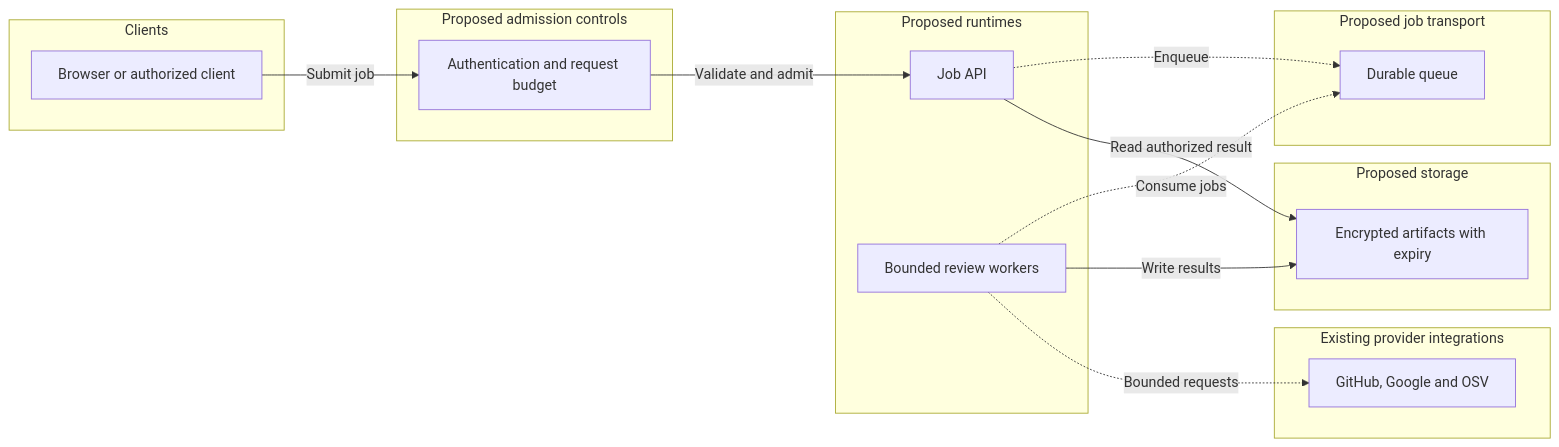
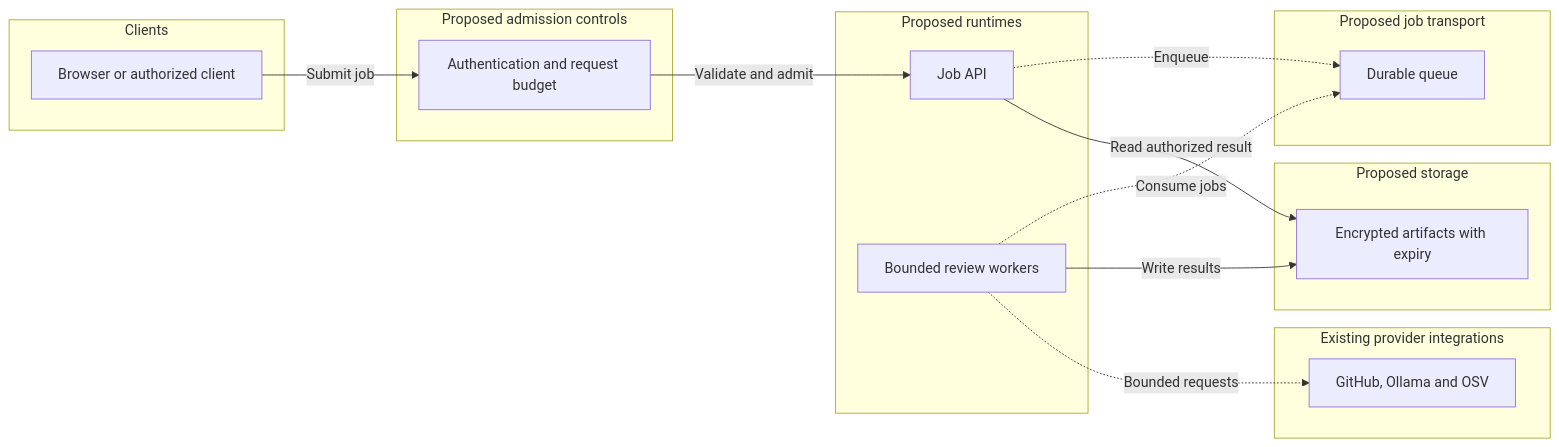
Before and after one commit to yatharthvishnoi08-max/buglens: the diagram in docs/SCALABILITY_REPORT.md, drawn with Mermaid. The commit also changed other lines of this file and 41 other files, not shown here.

````diff
--- a/docs/SCALABILITY_REPORT.md
+++ b/docs/SCALABILITY_REPORT.md
@@ -53,29 +53,29 @@
 ```mermaid
 flowchart LR
     subgraph client ["Clients"]
       futureClient["Browser or authorized client"]
     end
     subgraph gateway ["Proposed admission controls"]
       admission["Authentication and request budget"]
     end
     subgraph service ["Proposed runtimes"]
       jobApi["Job API"]
       workerPool["Bounded review workers"]
     end
     subgraph async ["Proposed job transport"]
       jobQueue["Durable queue"]
     end
     subgraph datastore ["Proposed storage"]
       artifactStore["Encrypted artifacts with expiry"]
     end
     subgraph external ["Existing provider integrations"]
-      providers["GitHub, Google and OSV"]
+      providers["GitHub, Ollama and OSV"]
     end
     futureClient -->|"Submit job"| admission
     admission -->|"Validate and admit"| jobApi
     jobApi -.->|"Enqueue"| jobQueue
     workerPool -.->|"Consume jobs"| jobQueue
     workerPool -->|"Write results"| artifactStore
     jobApi -->|"Read authorized result"| artifactStore
     workerPool -.->|"Bounded requests"| providers
 ```
````
